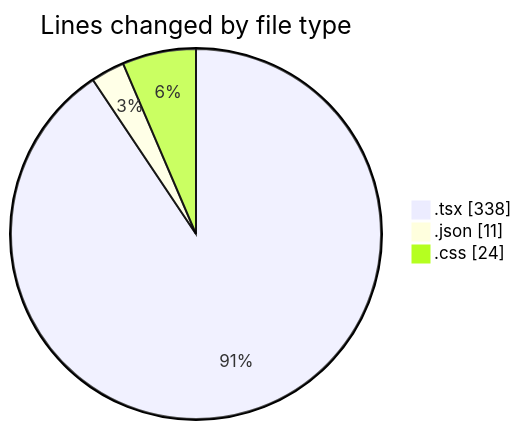
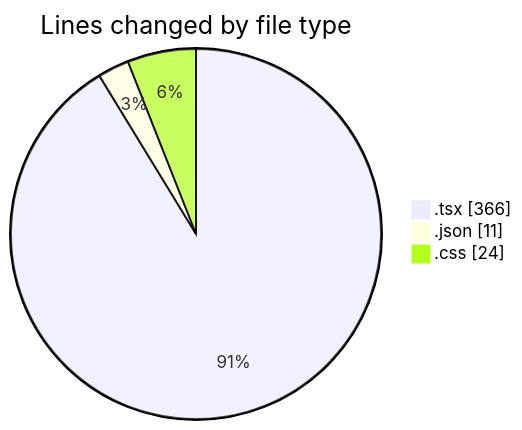
Before and after one commit to Elitesun/code-tracking: the first of 2 diagrams in 2025-05-05/niten/README.md, drawn with Mermaid. The commit also changed other lines of this file and 1 other file, not shown here.

````diff
--- a/2025-05-05/niten/README.md
+++ b/2025-05-05/niten/README.md
@@ -30,7 +30,7 @@
 ```mermaid
 pie showData
 title Lines changed by file type
-".tsx" : 338
+".tsx" : 366
 ".json" : 11
 ".css" : 24
 ```
````
